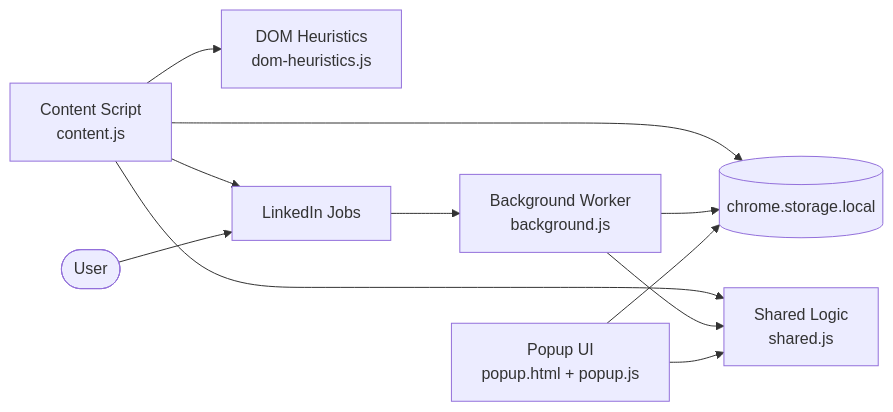
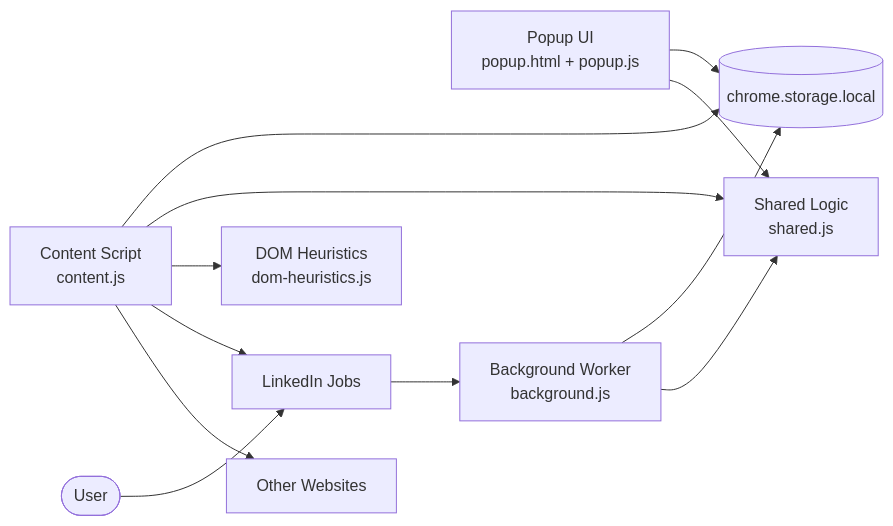
Before and after one commit to MadhushanAndawaththa/job-search-lens: the diagram in README.md, drawn with Mermaid. The commit also changed other lines of this file and 14 other files, not shown here.

````diff
--- a/README.md
+++ b/README.md
@@ -98,22 +101,23 @@
 ```mermaid
 flowchart LR
     User([User])
     Popup[Popup UI\npopup.html + popup.js]
     BG[Background Worker\nbackground.js]
     Heuristics[DOM Heuristics\ndom-heuristics.js]
     CS[Content Script\ncontent.js]
     Shared[Shared Logic\nshared.js]
     Storage[(chrome.storage.local)]
     LinkedIn[LinkedIn Jobs]
 
     User --> LinkedIn
     LinkedIn --> BG
     Popup --> Storage
     BG --> Storage
     CS --> Storage
     Popup --> Shared
     BG --> Shared
     CS --> Shared
     CS --> Heuristics
     CS --> LinkedIn
+    CS --> Websites[Other Websites]
 ```
````
